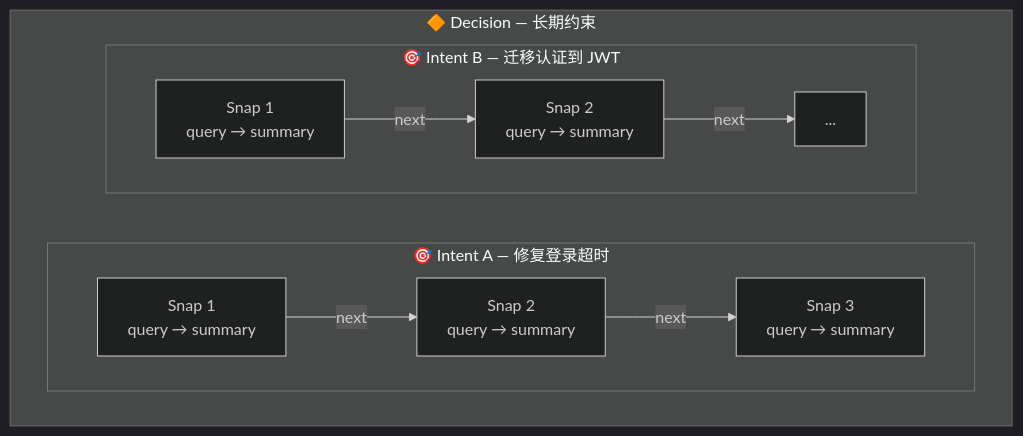
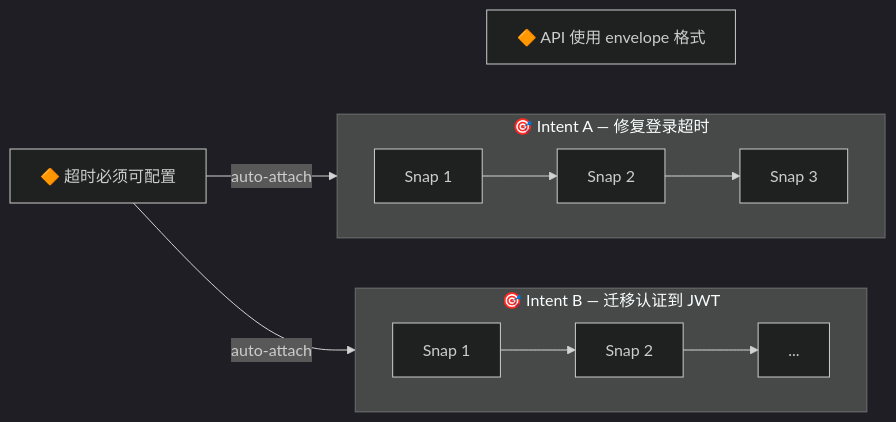
Before and after one commit to dozybot001/Intent: the second of 2 diagrams in README.CN.md, drawn with Mermaid (dark theme). The commit also changed 1 other file, not shown here.

Commit message:
Redesign object hierarchy: Decisions left, Intents right with Snap chains
Decisions as vertical blocks on the left, D1 auto-attaches to
Intent A and B on the right. Each Intent contains a horizontal
Snap chain.

````diff
--- a/README.CN.md
+++ b/README.CN.md
@@ -56,13 +56,19 @@
 ```mermaid
-flowchart TB
-  subgraph Decision["🔶 Decision — 长期约束"]
-    subgraph IntentA["🎯 Intent A — 修复登录超时"]
-      direction LR
-      S1["Snap 1\nquery → summary"] -->|next| S2["Snap 2\nquery → summary"] -->|next| S3["Snap 3\nquery → summary"]
-    end
-    subgraph IntentB["🎯 Intent B — 迁移认证到 JWT"]
-      direction LR
-      S4["Snap 1\nquery → summary"] -->|next| S5["Snap 2\nquery → summary"] -->|next| S6["..."]
-    end
+flowchart LR
+  D1["🔶 超时必须可配置"]
+  D2["🔶 API 使用 envelope 格式"]
+  D1 ~~~ D2
+
+  subgraph IntentA["🎯 Intent A — 修复登录超时"]
+    direction LR
+    S1["Snap 1"] --> S2["Snap 2"] --> S3["Snap 3"]
   end
+
+  subgraph IntentB["🎯 Intent B — 迁移认证到 JWT"]
+    direction LR
+    S4["Snap 1"] --> S5["Snap 2"] --> S6["..."]
+  end
+
+  D1 -- auto-attach --> IntentA
+  D1 -- auto-attach --> IntentB
 ```
````
